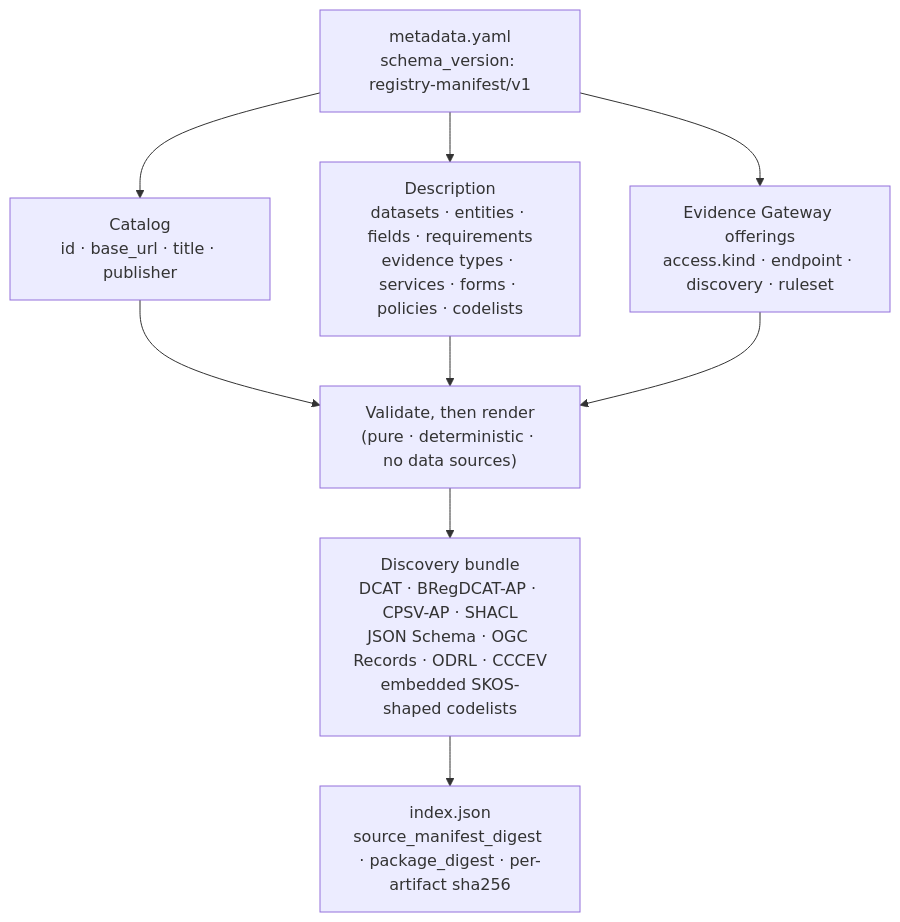
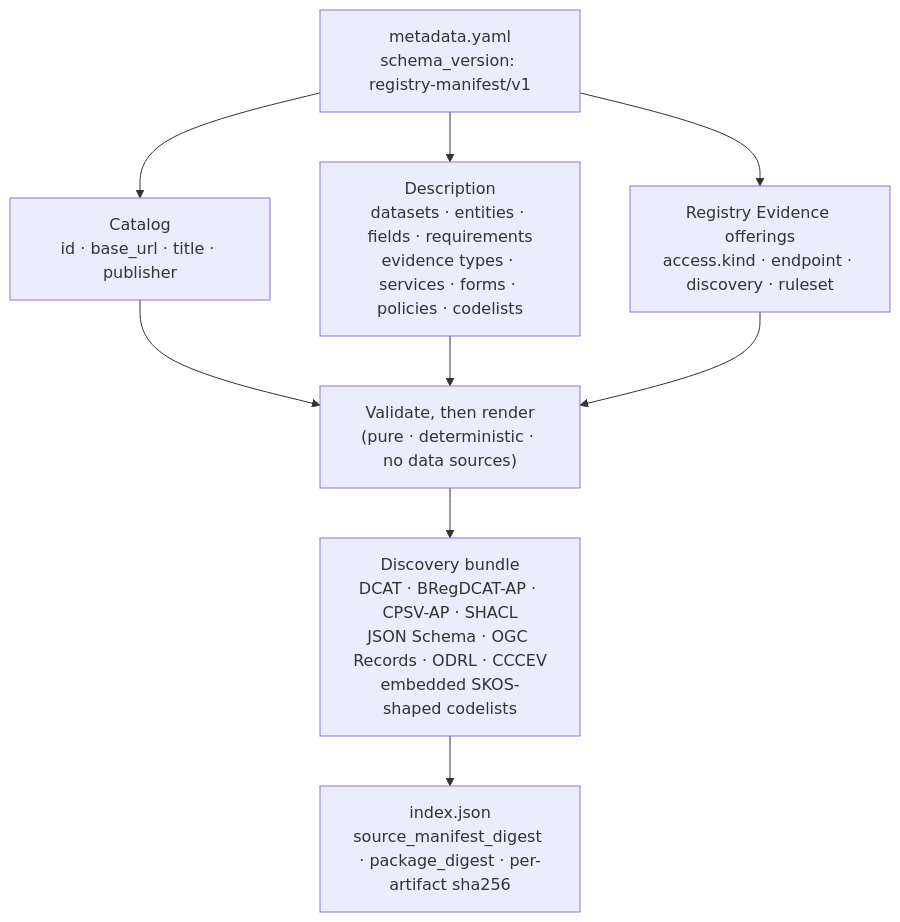
The diagram in docs/site/src/content/docs/spec/rs-dm-manifest.mdx (registrystack/registry-stack), drawn with Mermaid before and after one commit. The commit also changed other lines of this file and 160 other files, not shown here.

````diff
--- a/docs/site/src/content/docs/spec/rs-dm-manifest.mdx
+++ b/docs/site/src/content/docs/spec/rs-dm-manifest.mdx
@@ -79,17 +79,17 @@
 ```mermaid
 flowchart TD
     manifest["metadata.yaml<br/>schema_version: registry-manifest/v1"]
     catalog["Catalog<br/>id · base_url · title · publisher"]
     describe["Description<br/>datasets · entities · fields · requirements<br/>evidence types · services · forms · policies · codelists"]
-    offerings["Evidence Gateway offerings<br/>access.kind · endpoint · discovery · ruleset"]
+    offerings["Registry Evidence offerings<br/>access.kind · endpoint · discovery · ruleset"]
     render["Validate, then render<br/>(pure · deterministic · no data sources)"]
     bundle["Discovery bundle<br/>DCAT · BRegDCAT-AP · CPSV-AP · SHACL<br/>JSON Schema · OGC Records · ODRL · CCCEV<br/>embedded SKOS-shaped codelists"]
     index["index.json<br/>source_manifest_digest · package_digest · per-artifact sha256"]
     manifest --> catalog
     manifest --> describe
     manifest --> offerings
     catalog --> render
     describe --> render
     offerings --> render
     render --> bundle --> index
 ```
````
